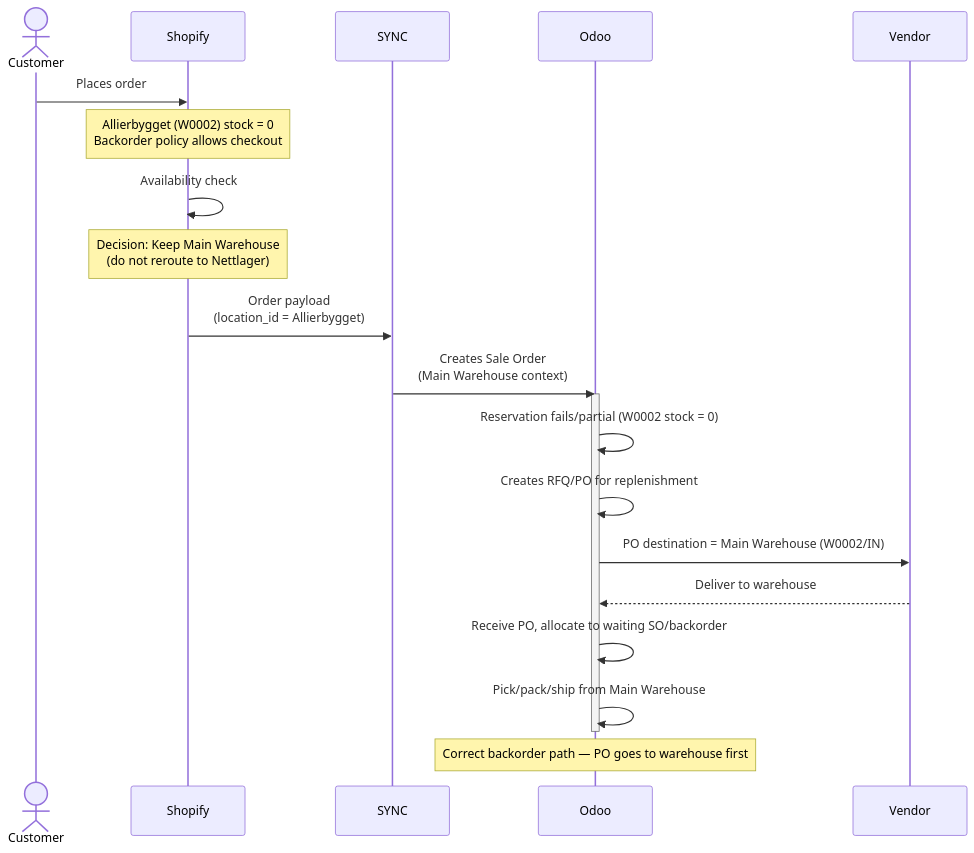
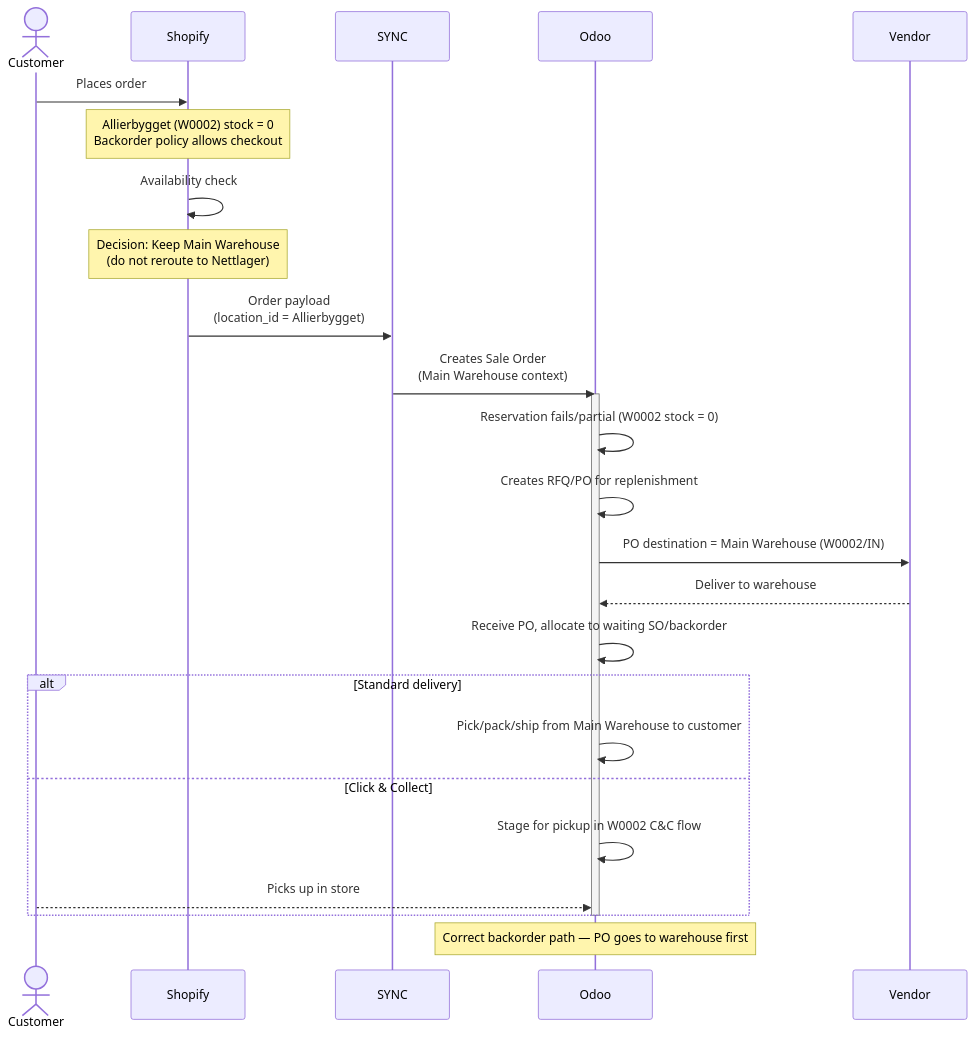
The tenth of 16 diagrams in shopify-sync-odoo-scenarios.md (ozan-droid/documents), drawn with Mermaid before and after one commit. The commit also changed other lines of this file, not shown here.

````diff
--- a/shopify-sync-odoo-scenarios.md
+++ b/shopify-sync-odoo-scenarios.md
@@ -428,28 +441,33 @@
 ```mermaid
 sequenceDiagram
     actor Customer
     participant Shopify
     participant SYNC
     participant Odoo
 
     Customer->>Shopify: Places order
 
     Note over Shopify: Allierbygget (W0002) stock = 0<br/>Backorder policy allows checkout
 
     Shopify->>Shopify: Availability check
     Note over Shopify: Decision: Keep Main Warehouse<br/>(do not reroute to Nettlager)
 
     Shopify->>SYNC: Order payload<br/>(location_id = Allierbygget)
     SYNC->>Odoo: Creates Sale Order<br/>(Main Warehouse context)
 
     activate Odoo
     Odoo->>Odoo: Reservation fails/partial (W0002 stock = 0)
     Odoo->>Odoo: Creates RFQ/PO for replenishment
     Odoo->>Vendor: PO destination = Main Warehouse (W0002/IN)
     Vendor-->>Odoo: Deliver to warehouse
     Odoo->>Odoo: Receive PO, allocate to waiting SO/backorder
-    Odoo->>Odoo: Pick/pack/ship from Main Warehouse
+    alt Standard delivery
+        Odoo->>Odoo: Pick/pack/ship from Main Warehouse to customer
+    else Click & Collect
+        Odoo->>Odoo: Stage for pickup in W0002 C&C flow
+        Customer-->>Odoo: Picks up in store
+    end
     deactivate Odoo
 
     Note over Odoo: Correct backorder path — PO goes to warehouse first
 ```
````
